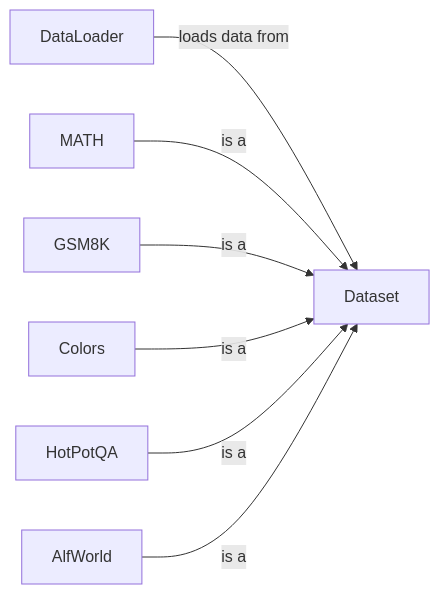
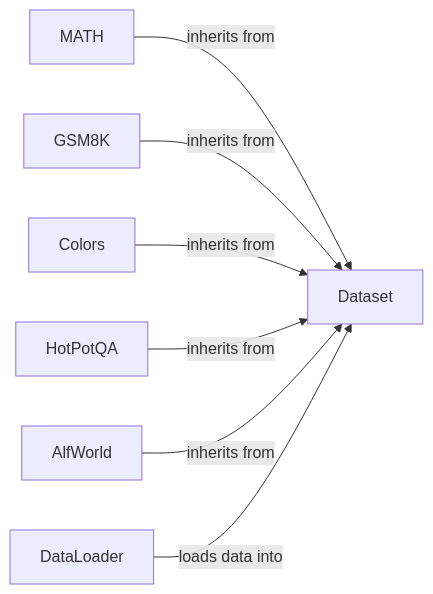
One commit to CodeBoarding/GeneratedOnBoardings changed the diagram in dspy/Data Management.md. Above: the diagram before and after it, drawn with Mermaid. The commit also changed other lines of this file and 5 other files, not shown here.

````diff
--- a/dspy/Data Management.md
+++ b/dspy/Data Management.md
@@ -1,16 +1,16 @@
 ```mermaid
 graph LR
     Dataset["Dataset"]
     DataLoader["DataLoader"]
     MATH["MATH"]
     GSM8K["GSM8K"]
     Colors["Colors"]
     HotPotQA["HotPotQA"]
     AlfWorld["AlfWorld"]
-    DataLoader -- "loads data from" --> Dataset
-    MATH -- "is a" --> Dataset
-    GSM8K -- "is a" --> Dataset
-    Colors -- "is a" --> Dataset
-    HotPotQA -- "is a" --> Dataset
-    AlfWorld -- "is a" --> Dataset
+    MATH -- "inherits from" --> Dataset
+    GSM8K -- "inherits from" --> Dataset
+    Colors -- "inherits from" --> Dataset
+    HotPotQA -- "inherits from" --> Dataset
+    AlfWorld -- "inherits from" --> Dataset
+    DataLoader -- "loads data into" --> Dataset
 ```
````
